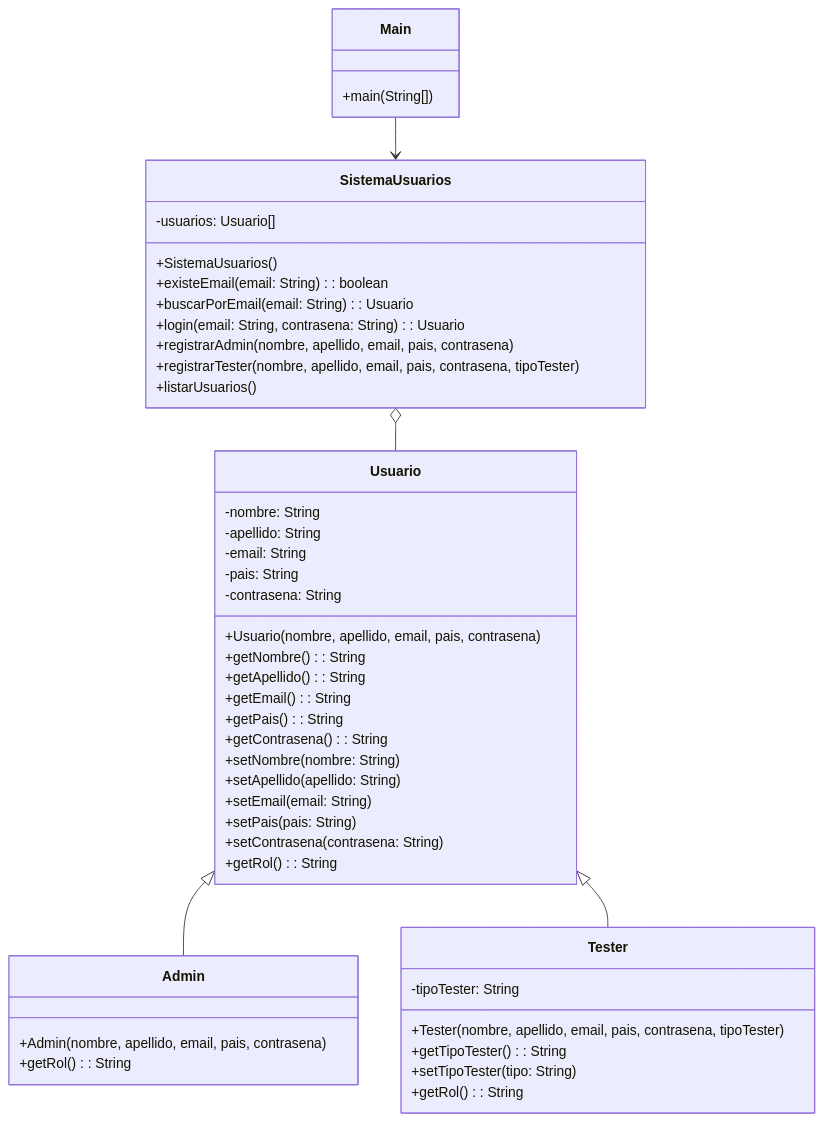
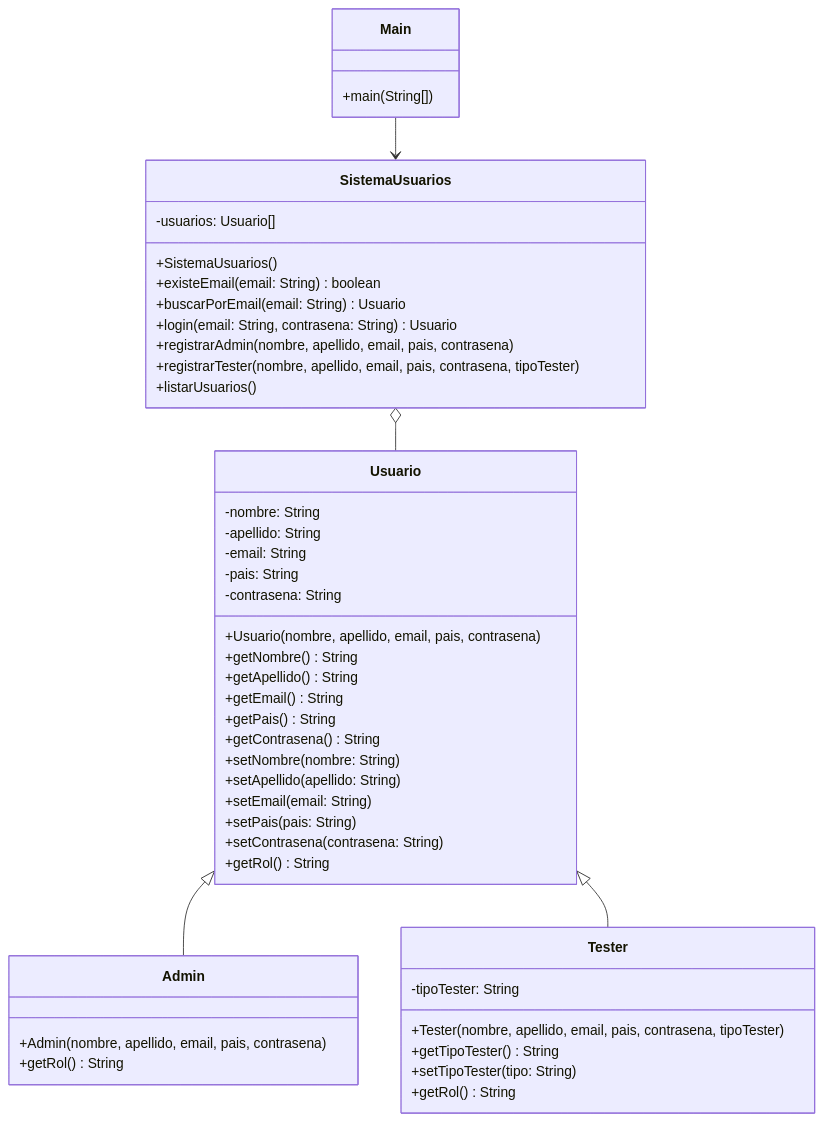
Before and after one commit to Natt-QA/ProyectoAdminCES: the diagram in README.md, drawn with Mermaid.

Commit message:
Se corrige sintaxis del diagrama UML en README

````diff
--- a/README.md
+++ b/README.md
@@ -57,55 +57,55 @@
 ```mermaid
 classDiagram
     class Usuario {
         -nombre: String
         -apellido: String
         -email: String
         -pais: String
         -contrasena: String
         +Usuario(nombre, apellido, email, pais, contrasena)
-        +getNombre(): String
-        +getApellido(): String
-        +getEmail(): String
-        +getPais(): String
-        +getContrasena(): String
+        +getNombre() String
+        +getApellido() String
+        +getEmail() String
+        +getPais() String
+        +getContrasena() String
         +setNombre(nombre: String)
         +setApellido(apellido: String)
         +setEmail(email: String)
         +setPais(pais: String)
         +setContrasena(contrasena: String)
-        +getRol(): String
+        +getRol() String
     }
 
     class Admin {
         +Admin(nombre, apellido, email, pais, contrasena)
-        +getRol(): String
+        +getRol() String
     }
 
     class Tester {
         -tipoTester: String
         +Tester(nombre, apellido, email, pais, contrasena, tipoTester)
-        +getTipoTester(): String
+        +getTipoTester() String
         +setTipoTester(tipo: String)
-        +getRol(): String
+        +getRol() String
     }
 
     class SistemaUsuarios {
         -usuarios: Usuario[]
         +SistemaUsuarios()
-        +existeEmail(email: String): boolean
-        +buscarPorEmail(email: String): Usuario
-        +login(email: String, contrasena: String): Usuario
+        +existeEmail(email: String) boolean
+        +buscarPorEmail(email: String) Usuario
+        +login(email: String, contrasena: String) Usuario
         +registrarAdmin(nombre, apellido, email, pais, contrasena)
         +registrarTester(nombre, apellido, email, pais, contrasena, tipoTester)
         +listarUsuarios()
     }
 
     class Main {
         +main(String[])
     }
 
     Usuario <|-- Admin
     Usuario <|-- Tester
     SistemaUsuarios o-- Usuario
     Main --> SistemaUsuarios
 ```
````
